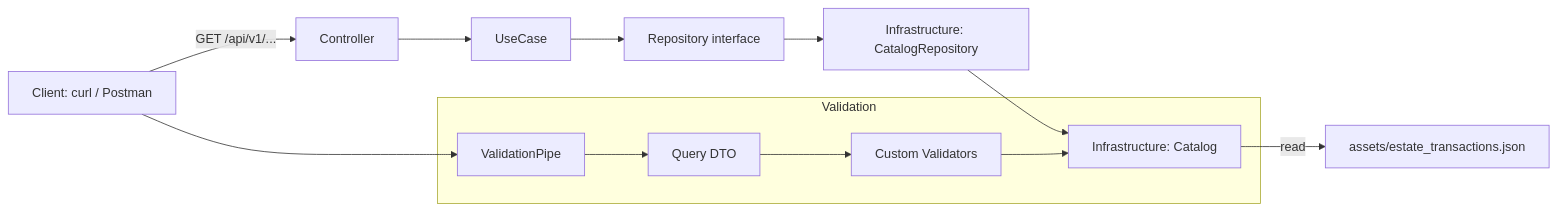
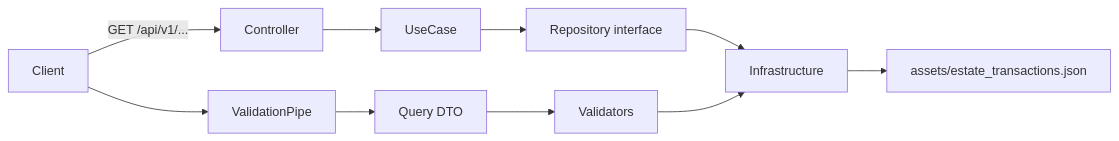
One commit to 824ysuk/EstateTransactions changed the diagram in docs/architecture.md. Above: the diagram before and after it, drawn with Mermaid. The commit also changed other lines of this file, not shown here.

````diff
--- a/docs/architecture.md
+++ b/docs/architecture.md
@@ -18,17 +19,13 @@
 ```mermaid
 flowchart LR
-  Client[Client: curl / Postman] -->|GET /api/v1/...| Controller[Controller]
+  Client[Client] -->|GET /api/v1/...| Controller[Controller]
   Controller --> UseCase[UseCase]
   UseCase --> Repo["Repository interface"]
-  Repo --> RepoImpl[Infrastructure: CatalogRepository]
-  RepoImpl --> Catalog[Infrastructure: Catalog]
-  Catalog -->|read| Json[assets/estate_transactions.json]
+  Repo --> Infra[Infrastructure]
+  Infra --> Json[assets/estate_transactions.json]
 
-  subgraph Validation
-    Pipe[ValidationPipe] --> DTO[Query DTO]
-    DTO --> Validators[Custom Validators]
-    Validators --> Catalog
-  end
-
-  Client --> Pipe
+  Client --> Pipe[ValidationPipe]
+  Pipe --> DTO[Query DTO]
+  DTO --> Validators[Validators]
+  Validators --> Infra
 ```
````
